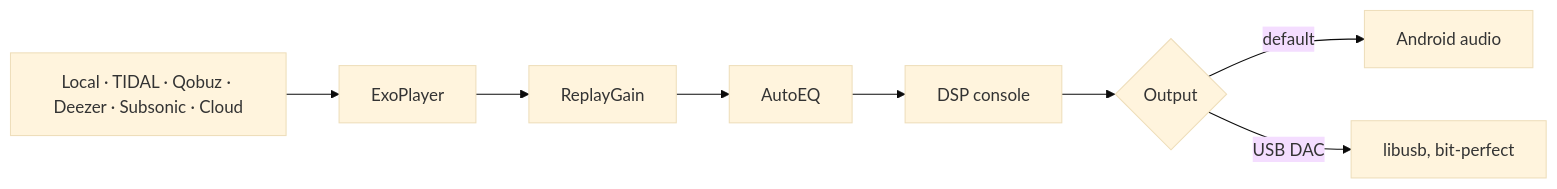
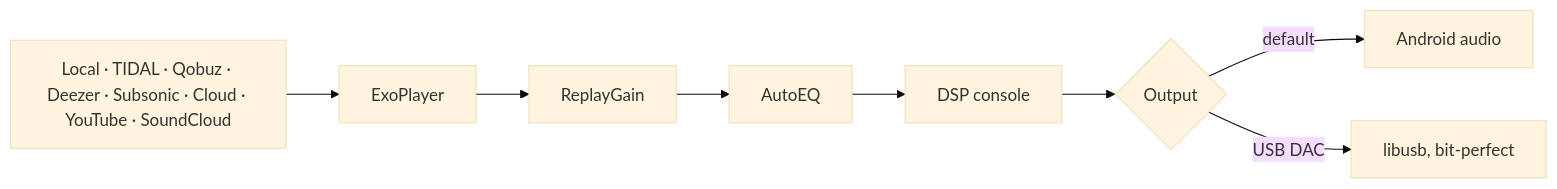
One commit to tryptz/Tryptify changed the diagram in README.md. Above: the diagram before and after it, drawn with Mermaid (base theme). The commit also changed other lines of this file and 20 other files, not shown here.

First line of the commit message:
YouTube and SoundCloud: say what they are, and what to do when they can't play

````diff
--- a/README.md
+++ b/README.md
@@ -110,10 +110,10 @@
 ```mermaid
 flowchart LR
-    S["Local · TIDAL · Qobuz · Deezer · Subsonic · Cloud"] --> X["ExoPlayer"]
+    S["Local · TIDAL · Qobuz · Deezer · Subsonic · Cloud · YouTube · SoundCloud"] --> X["ExoPlayer"]
     X --> RG["ReplayGain"]
     RG --> EQ["AutoEQ"]
     EQ --> M["DSP console"]
     M --> O{"Output"}
     O -->|default| A["Android audio"]
     O -->|USB DAC| U["libusb, bit-perfect"]
 ```
````
